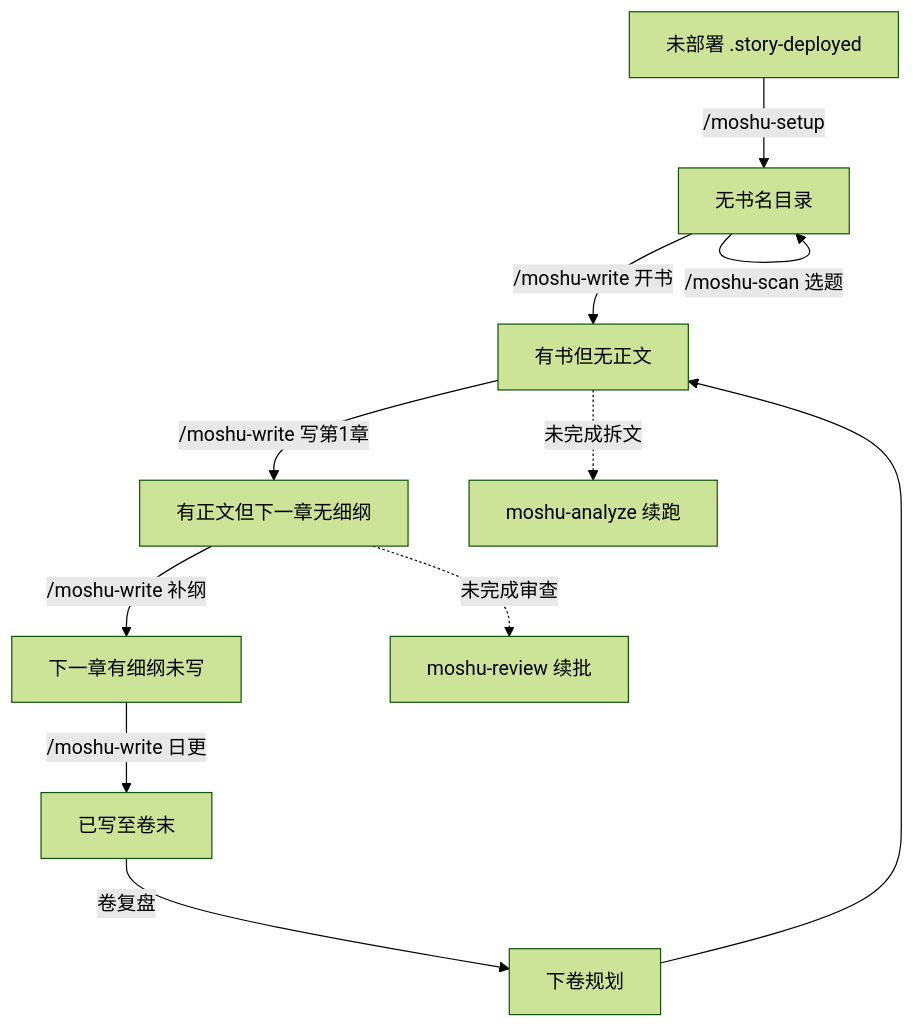
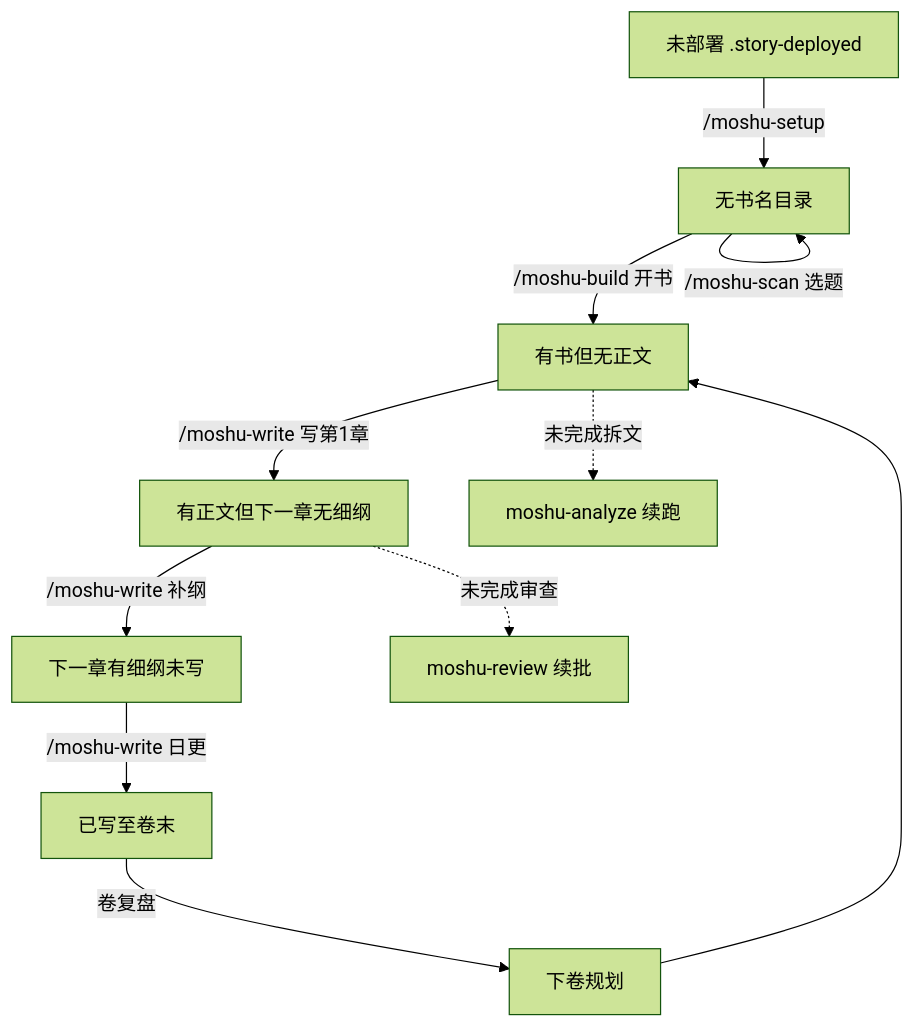
One commit to Chained1001/mo-shu changed the third of 4 diagrams in docs/architecture.md. Above: the diagram before and after it, drawn with Mermaid (forest theme). The commit also changed 22 other files, not shown here.

Commit message:
refactor(write): 批B1b write侧拆分与路由切换——outline-workflow 承接细纲职责、workflow-setup 删除引用清零、路由/判定/next_step 全局切 moshu-build

````diff
--- a/docs/architecture.md
+++ b/docs/architecture.md
@@ -69,14 +69,14 @@
 ```mermaid
 flowchart TD
     S0[未部署 .story-deployed] -->|/moshu-setup| S1[无书名目录]
     S1 -->|/moshu-scan 选题| S1
-    S1 -->|/moshu-write 开书| S2[有书但无正文]
+    S1 -->|/moshu-build 开书| S2[有书但无正文]
     S2 -->|/moshu-write 写第1章| S3[有正文但下一章无细纲]
     S3 -->|/moshu-write 补纲| S4[下一章有细纲未写]
     S4 -->|/moshu-write 日更| S5[已写至卷末]
     S5 -->|卷复盘| S6[下卷规划]
     S6 --> S2
 
     S2 -.->|未完成拆文| A[moshu-analyze 续跑]
     S3 -.->|未完成审查| R[moshu-review 续批]
 ```
````
